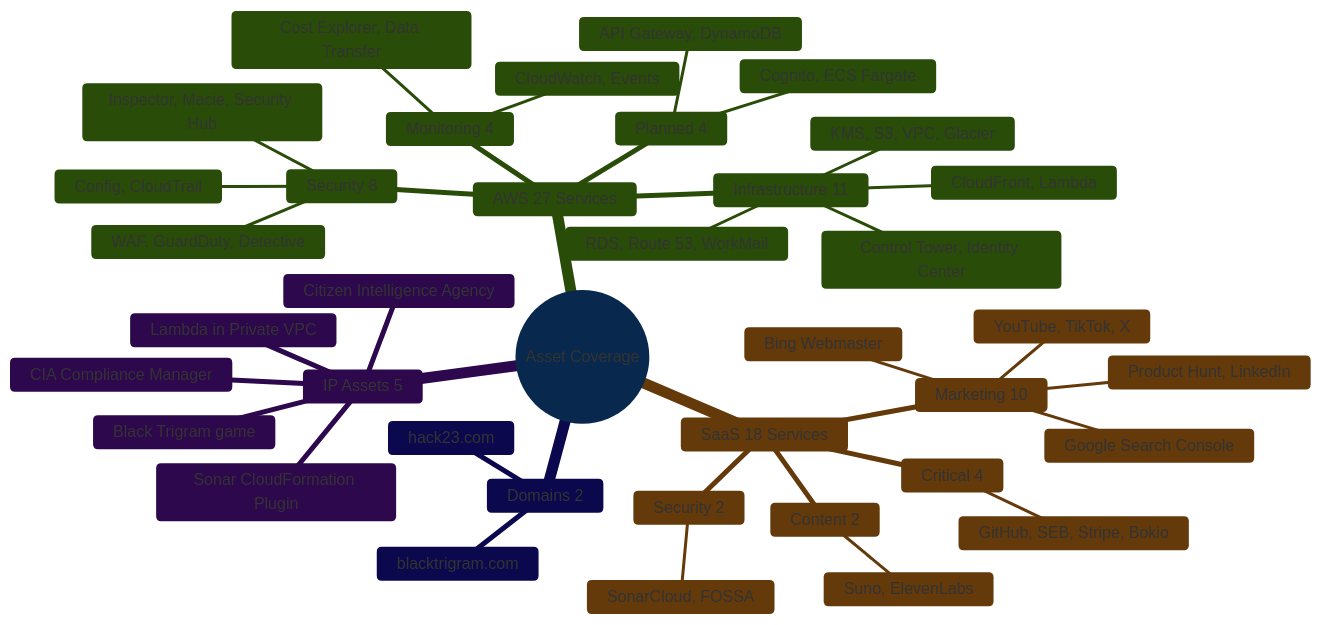
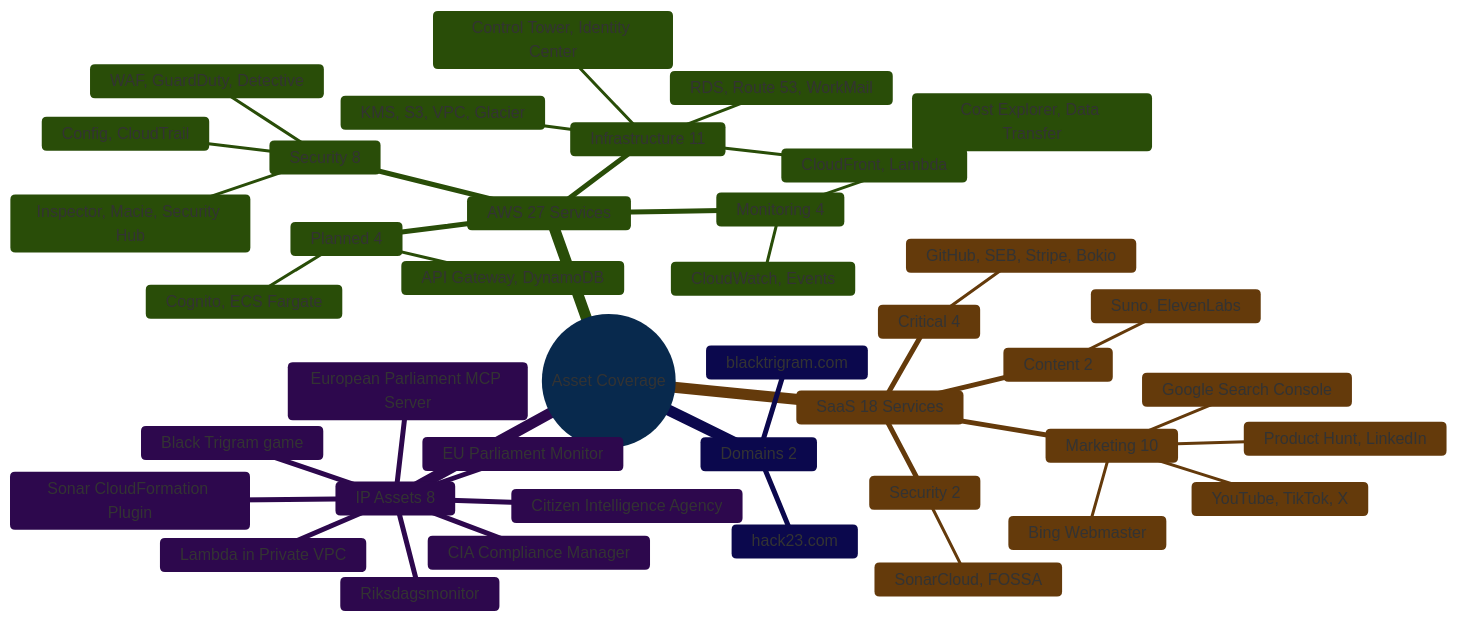
One commit to Hack23/ISMS-PUBLIC changed the sixth of 8 diagrams in Asset_Register.md. Above: the diagram before and after it, drawn with Mermaid. The commit also changed other lines of this file and 12 other files, not shown here.

Commit message:
Updated with more Assets for https://euparliamentmonitor.com/ and https://www.npmjs.com/package/european-parliament-mcp-server

````diff
--- a/Asset_Register.md
+++ b/Asset_Register.md
@@ -571,44 +573,47 @@
 ```mermaid
 %%{
   init: { 'theme': 'base', 'themeVariables': { 'primaryColor': '#1565C0', 'lineColor': '#1565C0' } }
 }%%
 mindmap
   root((Asset Coverage))
     AWS 27 Services
       Security 8
         WAF, GuardDuty, Detective
         Inspector, Macie, Security Hub
         Config, CloudTrail
       Infrastructure 11
         RDS, Route 53, WorkMail
         KMS, S3, VPC, Glacier
         CloudFront, Lambda
         Control Tower, Identity Center
       Monitoring 4
         CloudWatch, Events
         Cost Explorer, Data Transfer
       Planned 4
         API Gateway, DynamoDB
         Cognito, ECS Fargate
     SaaS 18 Services
       Critical 4
         GitHub, SEB, Stripe, Bokio
       Marketing 10
         YouTube, TikTok, X
         Product Hunt, LinkedIn
         Google Search Console
         Bing Webmaster
       Content 2
         Suno, ElevenLabs
       Security 2
         SonarCloud, FOSSA
     Domains 2
       hack23.com
       blacktrigram.com
-    IP Assets 5
+    IP Assets 8
       Black Trigram game
       CIA Compliance Manager
       Citizen Intelligence Agency
+      European Parliament MCP Server
+      EU Parliament Monitor
       Lambda in Private VPC
+      Riksdagsmonitor
       Sonar CloudFormation Plugin
 ```
````
